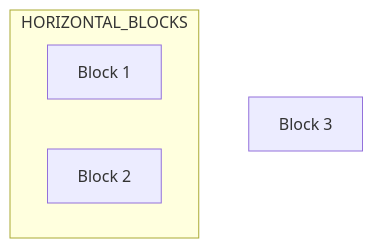
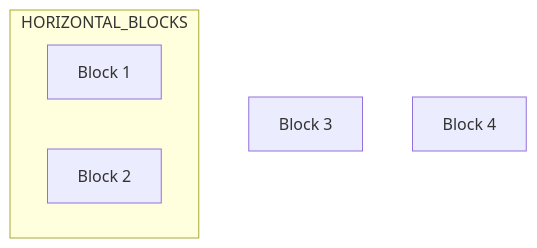
Before and after one commit to yahwebcj/folder1: the diagram in block_position1b.md, drawn with Mermaid.

````diff
--- a/block_position1b.md
+++ b/block_position1b.md
@@ -1,17 +1,18 @@
 ```mermaid
 flowchart TD
   %% Define blocks
   A["Block 1"]
   B["Block 2"]
   C["Block 3"]
 
   %% Use subgraph to enforce horizontal layout for block1 and block2
   subgraph HORIZONTAL_BLOCKS
     direction LR
     A
     B
   end
 
+ D[Block 4]
   %% Place block3 below the horizontal blocks (no connections)
   C
 ```
````
